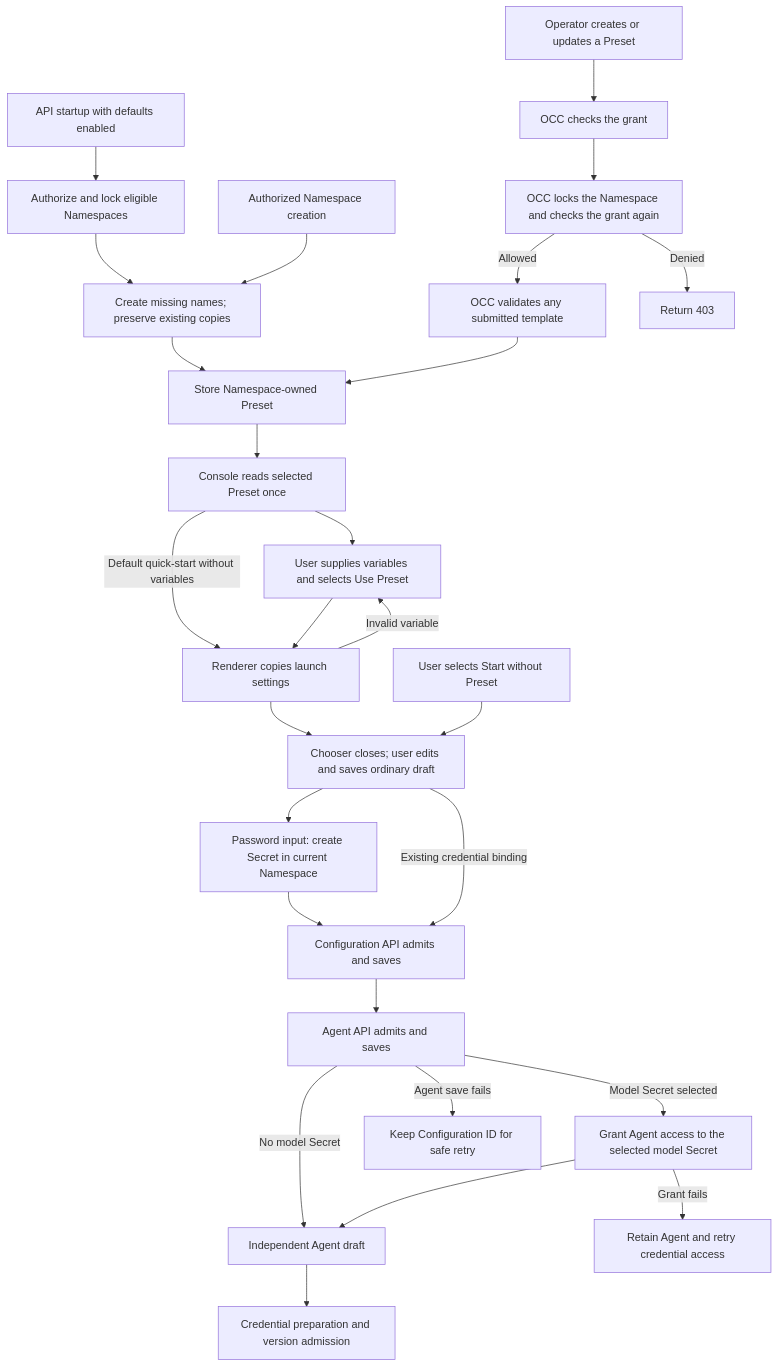
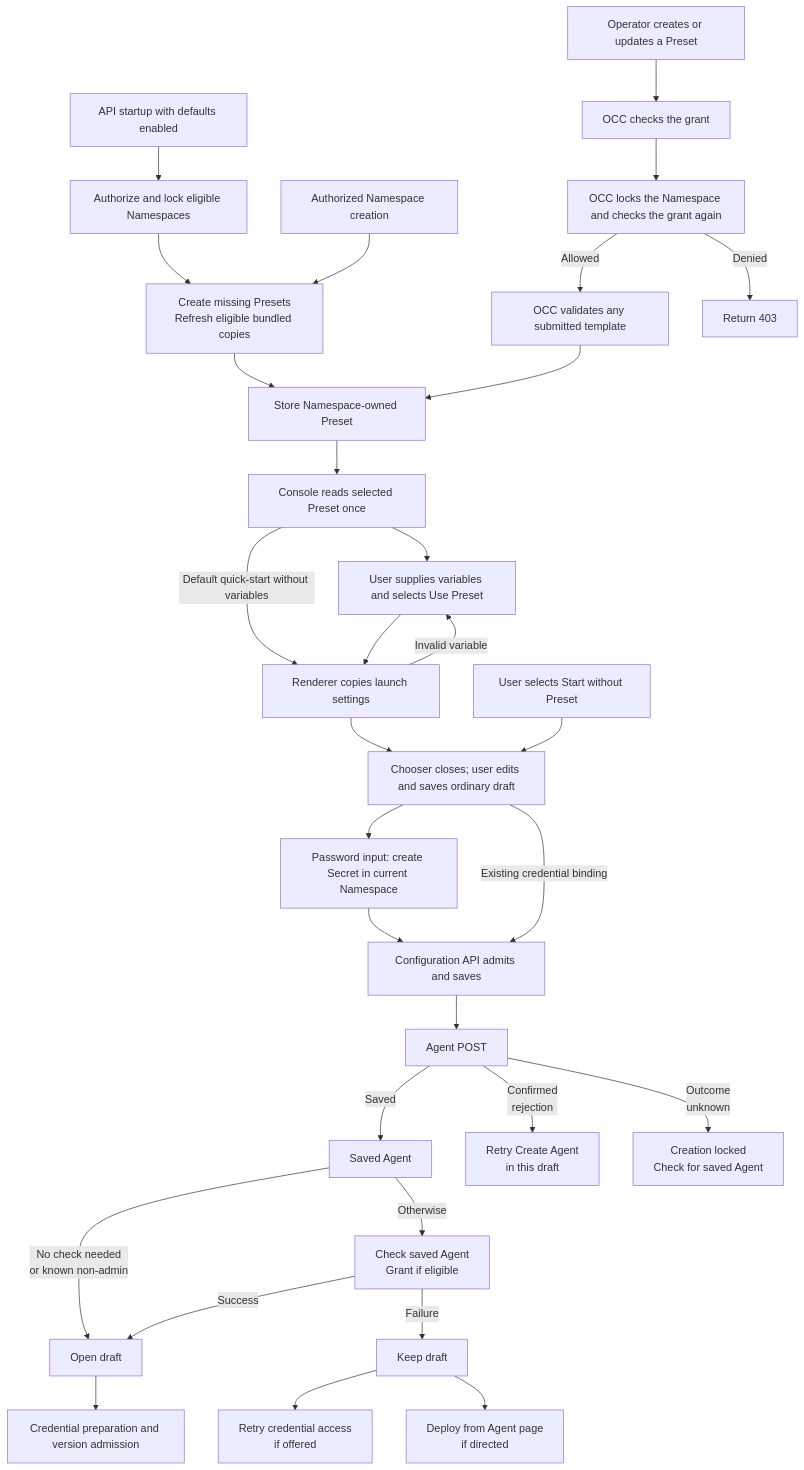
Before and after one commit to openclaw/openclaw-enterprise: the diagram in docs/flows/agent-presets.md, drawn with Mermaid. The commit also changed other lines of this file and 2 other files, not shown here.

Commit message:
docs: clarify Agent creation outcomes and Preset lifecycle

````diff
--- a/docs/flows/agent-presets.md
+++ b/docs/flows/agent-presets.md
@@ -35,29 +35,33 @@
 ```mermaid
 graph TD
   S0["API startup with defaults enabled"] --> S1["Authorize and lock eligible Namespaces"]
-  S1 --> S2["Create missing names; preserve existing copies"]
+  S1 --> S2["Create missing Presets<br/>Refresh eligible bundled copies"]
   S2 --> C
   N["Authorized Namespace creation"] --> S2
   A["Operator creates or updates a Preset"] --> B["OCC checks the grant"]
   B --> W["OCC locks the Namespace and checks the grant again"]
   W -->|Allowed| V["OCC validates any submitted template"]
   W -->|Denied| P["Return 403"]
   V --> C["Store Namespace-owned Preset"]
   C --> D["Console reads selected Preset once"]
   D --> E["User supplies variables and selects Use Preset"]
   D -->|Default quick-start without variables| F
   E --> F["Renderer copies launch settings"]
   F --> G["Chooser closes; user edits and saves ordinary draft"]
   U["User selects Start without Preset"] --> G
   G --> S["Password input: create Secret in current Namespace"]
   S --> H["Configuration API admits and saves"]
   G -->|Existing credential binding| H
-  H --> I["Agent API admits and saves"]
-  I -->|Model Secret selected| O["Grant Agent access to the selected model Secret"]
-  I -->|No model Secret| J
-  O --> J["Independent Agent draft"]
-  O -->|Grant fails| R["Retain Agent and retry credential access"]
+  H --> I["Agent POST"]
+  I -->|Saved| A0["Saved Agent"]
+  I -->|Confirmed<br/>rejection| K["Retry Create Agent<br/>in this draft"]
+  I -->|Outcome<br/>unknown| Q["Creation locked<br/>Check for saved Agent"]
+  A0 -->|No check needed<br/>or known non-admin| J["Open draft"]
+  A0 -->|Otherwise| O["Check saved Agent<br/>Grant if eligible"]
+  O -->|Success| J
+  O -->|Failure| R["Keep draft"]
+  R --> R1["Retry credential access<br/>if offered"]
+  R --> R2["Deploy from Agent page<br/>if directed"]
   F -->|Invalid variable| E
-  I -->|Agent save fails| K["Keep Configuration ID for safe retry"]
   J --> L["Credential preparation and version admission"]
 ```
````
